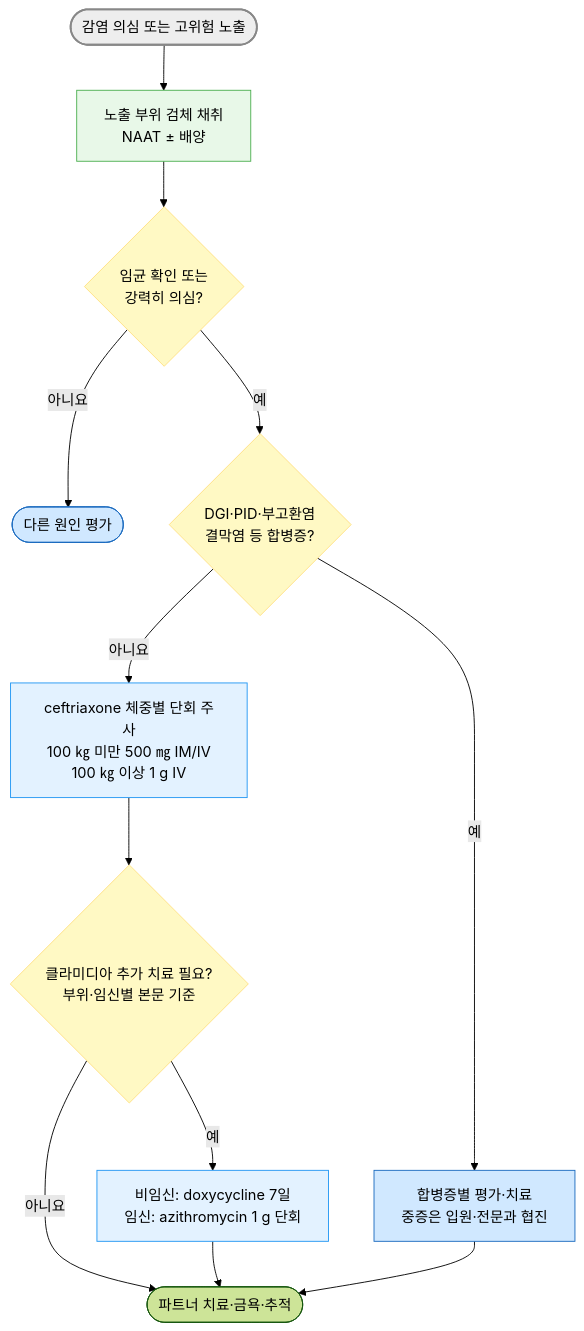
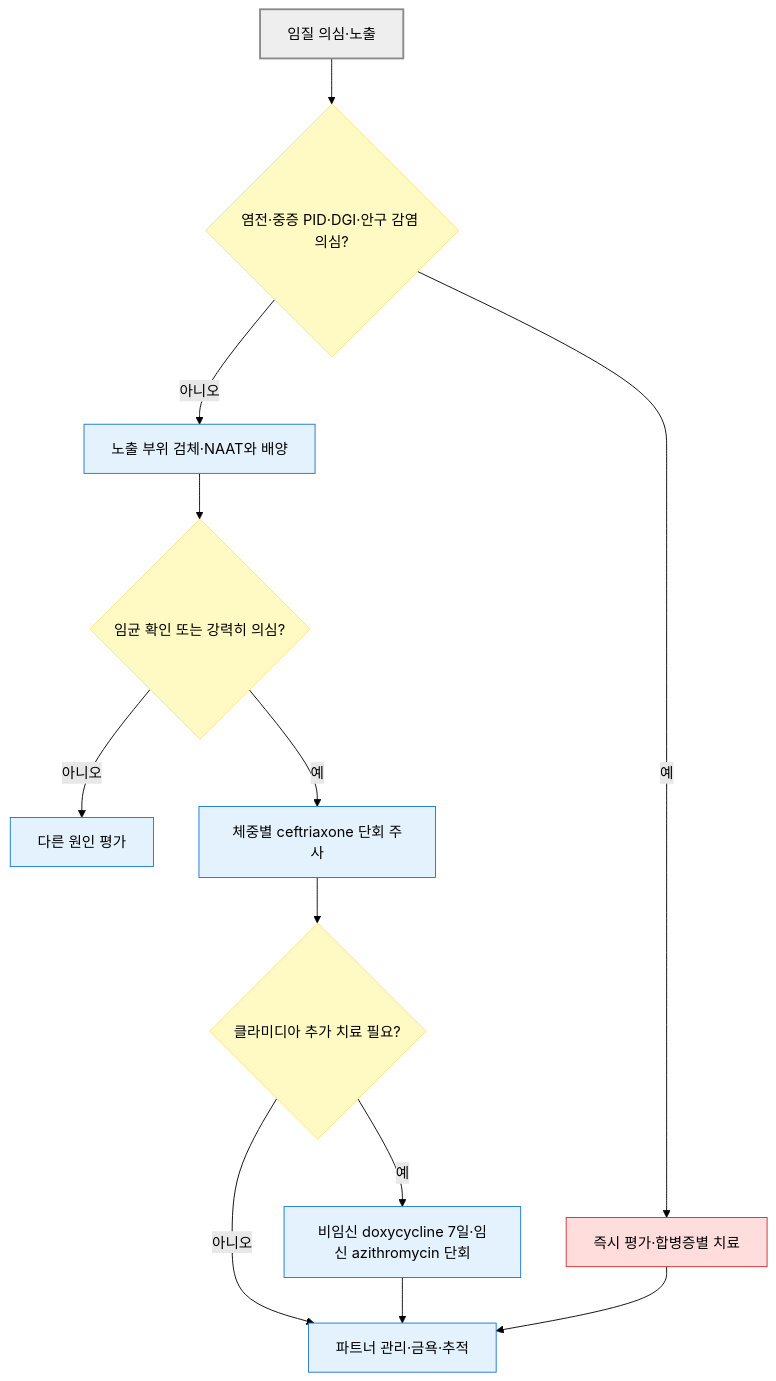
One commit to familyoh77/familyoh77 changed the diagram in 227_/115_-2.gonorrhea.md. Above: the diagram before and after it, drawn with Mermaid (forest theme). The commit also changed other lines of this file and 10 other files, not shown here.

````diff
--- a/227_/115_-2.gonorrhea.md
+++ b/227_/115_-2.gonorrhea.md
@@ -108,23 +109,21 @@
 ```mermaid
-graph TD
-    A([감염 의심 또는 고위험 노출]) --> B[노출 부위 검체 채취<br>NAAT ± 배양]
-    B --> C{임균 확인 또는<br>강력히 의심?}
-    C -- 아니요 --> D([다른 원인 평가])
-    C -- 예 --> E{DGI·PID·부고환염<br>결막염 등 합병증?}
-    E -- 예 --> G[합병증별 평가·치료<br>중증은 입원·전문과 협진]
-    E -- 아니요 --> F[ceftriaxone 체중별 단회 주사<br>100 ㎏ 미만 500 ㎎ IM/IV<br>100 ㎏ 이상 1 g IV]
-    F --> H{클라미디아 추가 치료 필요?<br>부위·임신별 본문 기준}
-    H -- 예 --> I[비임신: doxycycline 7일<br>임신: azithromycin 1 g 단회]
-    H -- 아니요 --> J([파트너 치료·금욕·추적])
+flowchart TD
+    A["임질 의심·노출"] --> B{"염전·중증 PID·DGI·안구 감염 의심?"}
+    B -- "예" --> C["즉시 평가·합병증별 치료"]
+    B -- "아니오" --> D["노출 부위 검체·NAAT와 배양"]
+    D --> E{"임균 확인 또는 강력히 의심?"}
+    E -- "아니오" --> F["다른 원인 평가"]
+    E -- "예" --> G["체중별 ceftriaxone 단회 주사"]
+    G --> H{"클라미디아 추가 치료 필요?"}
+    H -- "예" --> I["비임신 doxycycline 7일·임신 azithromycin 단회"]
+    H -- "아니오" --> J["파트너 관리·금욕·추적"]
     I --> J
-    G --> J
-
-style A fill:#eeeeee,stroke:#888888,stroke-width:2px
-classDef yellow fill:#fff9c4,stroke:#ffe082
-class C,E,H yellow
-style B fill:#e8f8e8,stroke:#4caf50
-classDef blue fill:#d0e8ff,stroke:#1a6abf
-class D,G blue
-classDef sky fill:#e3f2ff,stroke:#2196f3
-class I,F sky
+    C --> J
+    classDef decision fill:#fff9c4,stroke:#ffe082
+    classDef danger fill:#ffdddd,stroke:#d32f2f
+    classDef action fill:#e3f2fd,stroke:#1976d2
+    class B,E,H decision
+    class C danger
+    class D,F,G,I,J action
+    style A fill:#eeeeee,stroke:#888888,stroke-width:2px
 ```
````
